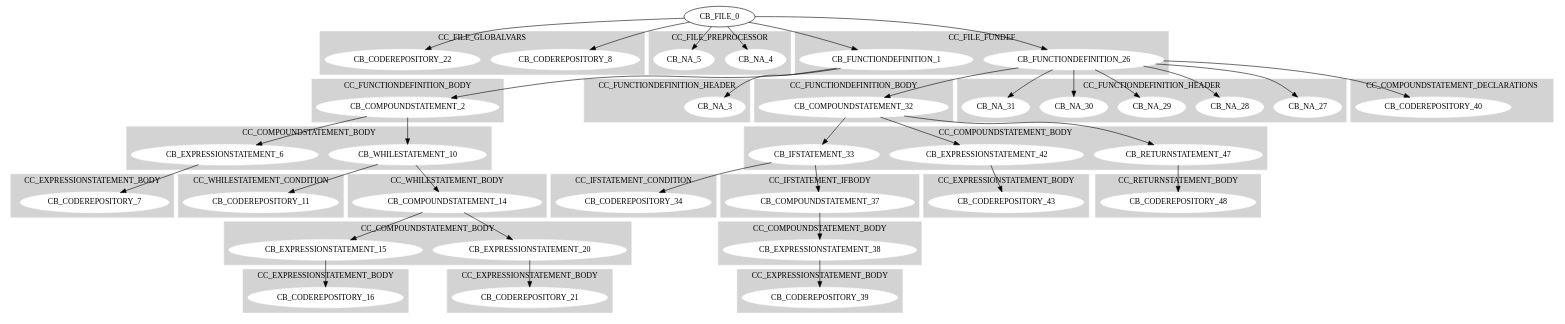
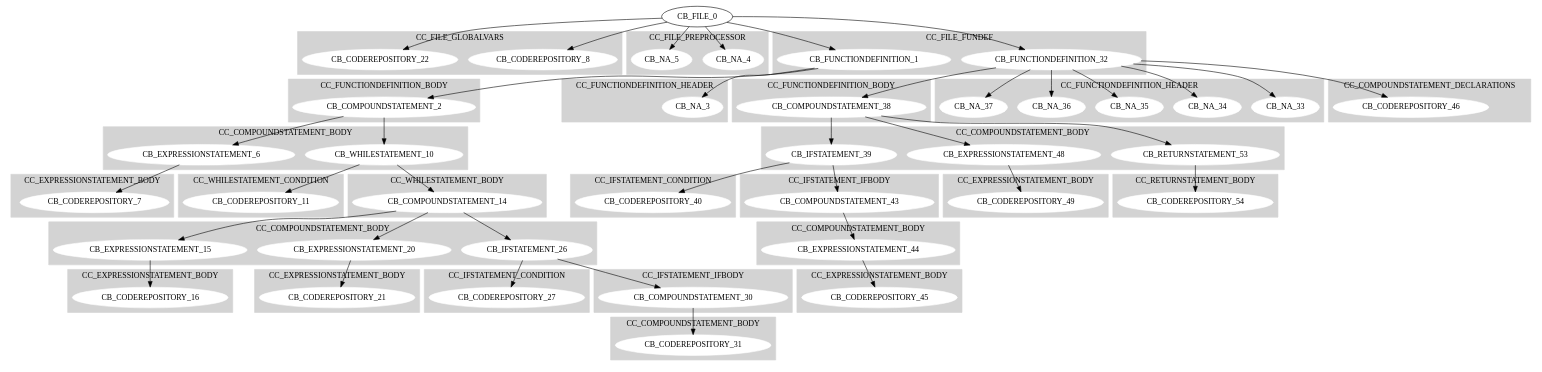
One commit to dhmhgreCompilersII/MINIC2C changed the diagram in MINIC2C/TestBench/CodeStructure.dot. Above: the diagram before and after it, drawn with Graphviz. The commit also changed 15 other files, not shown here.

```diff
--- a/MINIC2C/TestBench/CodeStructure.dot
+++ b/MINIC2C/TestBench/CodeStructure.dot
@@ -17,7 +17,7 @@
 		node [style=filled,color=white];
 		style=filled;
 		color=lightgrey;
-		CB_FUNCTIONDEFINITION_1;CB_FUNCTIONDEFINITION_26;
+		CB_FUNCTIONDEFINITION_1;CB_FUNCTIONDEFINITION_32;
 		label=CC_FILE_FUNDEF;
 	}
 "CB_FILE_0"->"CB_NA_4"
@@ -74,7 +74,7 @@
 		node [style=filled,color=white];
 		style=filled;
 		color=lightgrey;
-		CB_EXPRESSIONSTATEMENT_15;CB_EXPRESSIONSTATEMENT_20;
+		CB_EXPRESSIONSTATEMENT_15;CB_EXPRESSIONSTATEMENT_20;CB_IFSTATEMENT_26;
 		label=CC_COMPOUNDSTATEMENT_BODY;
 	}
 	subgraph cluster10{
@@ -95,95 +95,120 @@
 	}
 "CB_EXPRESSIONSTATEMENT_20"->"CB_CODEREPOSITORY_21"
 "CB_COMPOUNDSTATEMENT_14"->"CB_EXPRESSIONSTATEMENT_20"
-"CB_WHILESTATEMENT_10"->"CB_COMPOUNDSTATEMENT_14"
-"CB_COMPOUNDSTATEMENT_2"->"CB_WHILESTATEMENT_10"
-"CB_FUNCTIONDEFINITION_1"->"CB_COMPOUNDSTATEMENT_2"
-"CB_FILE_0"->"CB_FUNCTIONDEFINITION_1"
 	subgraph cluster12{
 		node [style=filled,color=white];
 		style=filled;
 		color=lightgrey;
-		CB_COMPOUNDSTATEMENT_32;
-		label=CC_FUNCTIONDEFINITION_BODY;
+		CB_CODEREPOSITORY_27;
+		label=CC_IFSTATEMENT_CONDITION;
 	}
 	subgraph cluster13{
 		node [style=filled,color=white];
 		style=filled;
 		color=lightgrey;
-		CB_NA_27;CB_NA_28;CB_NA_29;CB_NA_30;CB_NA_31;
-		label=CC_FUNCTIONDEFINITION_HEADER;
+		CB_COMPOUNDSTATEMENT_30;
+		label=CC_IFSTATEMENT_IFBODY;
 	}
-"CB_FUNCTIONDEFINITION_26"->"CB_NA_27"
-"CB_FUNCTIONDEFINITION_26"->"CB_NA_28"
-"CB_FUNCTIONDEFINITION_26"->"CB_NA_29"
-"CB_FUNCTIONDEFINITION_26"->"CB_NA_30"
-"CB_FUNCTIONDEFINITION_26"->"CB_NA_31"
+"CB_IFSTATEMENT_26"->"CB_CODEREPOSITORY_27"
 	subgraph cluster14{
 		node [style=filled,color=white];
 		style=filled;
 		color=lightgrey;
-		CB_IFSTATEMENT_33;CB_EXPRESSIONSTATEMENT_42;CB_RETURNSTATEMENT_47;
+		CB_CODEREPOSITORY_31;
 		label=CC_COMPOUNDSTATEMENT_BODY;
 	}
+"CB_COMPOUNDSTATEMENT_30"->"CB_CODEREPOSITORY_31"
+"CB_IFSTATEMENT_26"->"CB_COMPOUNDSTATEMENT_30"
+"CB_COMPOUNDSTATEMENT_14"->"CB_IFSTATEMENT_26"
+"CB_WHILESTATEMENT_10"->"CB_COMPOUNDSTATEMENT_14"
+"CB_COMPOUNDSTATEMENT_2"->"CB_WHILESTATEMENT_10"
+"CB_FUNCTIONDEFINITION_1"->"CB_COMPOUNDSTATEMENT_2"
+"CB_FILE_0"->"CB_FUNCTIONDEFINITION_1"
 	subgraph cluster15{
 		node [style=filled,color=white];
 		style=filled;
 		color=lightgrey;
-		CB_CODEREPOSITORY_40;
-		label=CC_COMPOUNDSTATEMENT_DECLARATIONS;
+		CB_COMPOUNDSTATEMENT_38;
+		label=CC_FUNCTIONDEFINITION_BODY;
 	}
-"CB_FUNCTIONDEFINITION_26"->"CB_CODEREPOSITORY_40"
 	subgraph cluster16{
 		node [style=filled,color=white];
 		style=filled;
 		color=lightgrey;
-		CB_CODEREPOSITORY_34;
-		label=CC_IFSTATEMENT_CONDITION;
+		CB_NA_33;CB_NA_34;CB_NA_35;CB_NA_36;CB_NA_37;
+		label=CC_FUNCTIONDEFINITION_HEADER;
 	}
+"CB_FUNCTIONDEFINITION_32"->"CB_NA_33"
+"CB_FUNCTIONDEFINITION_32"->"CB_NA_34"
+"CB_FUNCTIONDEFINITION_32"->"CB_NA_35"
+"CB_FUNCTIONDEFINITION_32"->"CB_NA_36"
+"CB_FUNCTIONDEFINITION_32"->"CB_NA_37"
 	subgraph cluster17{
 		node [style=filled,color=white];
 		style=filled;
 		color=lightgrey;
-		CB_COMPOUNDSTATEMENT_37;
-		label=CC_IFSTATEMENT_IFBODY;
+		CB_IFSTATEMENT_39;CB_EXPRESSIONSTATEMENT_48;CB_RETURNSTATEMENT_53;
+		label=CC_COMPOUNDSTATEMENT_BODY;
 	}
-"CB_IFSTATEMENT_33"->"CB_CODEREPOSITORY_34"
 	subgraph cluster18{
 		node [style=filled,color=white];
 		style=filled;
 		color=lightgrey;
-		CB_EXPRESSIONSTATEMENT_38;
-		label=CC_COMPOUNDSTATEMENT_BODY;
+		CB_CODEREPOSITORY_46;
+		label=CC_COMPOUNDSTATEMENT_DECLARATIONS;
 	}
+"CB_FUNCTIONDEFINITION_32"->"CB_CODEREPOSITORY_46"
 	subgraph cluster19{
 		node [style=filled,color=white];
 		style=filled;
 		color=lightgrey;
-		CB_CODEREPOSITORY_39;
-		label=CC_EXPRESSIONSTATEMENT_BODY;
+		CB_CODEREPOSITORY_40;
+		label=CC_IFSTATEMENT_CONDITION;
 	}
-"CB_EXPRESSIONSTATEMENT_38"->"CB_CODEREPOSITORY_39"
-"CB_COMPOUNDSTATEMENT_37"->"CB_EXPRESSIONSTATEMENT_38"
-"CB_IFSTATEMENT_33"->"CB_COMPOUNDSTATEMENT_37"
-"CB_COMPOUNDSTATEMENT_32"->"CB_IFSTATEMENT_33"
 	subgraph cluster20{
 		node [style=filled,color=white];
 		style=filled;
 		color=lightgrey;
-		CB_CODEREPOSITORY_43;
-		label=CC_EXPRESSIONSTATEMENT_BODY;
+		CB_COMPOUNDSTATEMENT_43;
+		label=CC_IFSTATEMENT_IFBODY;
 	}
-"CB_EXPRESSIONSTATEMENT_42"->"CB_CODEREPOSITORY_43"
-"CB_COMPOUNDSTATEMENT_32"->"CB_EXPRESSIONSTATEMENT_42"
+"CB_IFSTATEMENT_39"->"CB_CODEREPOSITORY_40"
 	subgraph cluster21{
 		node [style=filled,color=white];
 		style=filled;
 		color=lightgrey;
-		CB_CODEREPOSITORY_48;
+		CB_EXPRESSIONSTATEMENT_44;
+		label=CC_COMPOUNDSTATEMENT_BODY;
+	}
+	subgraph cluster22{
+		node [style=filled,color=white];
+		style=filled;
+		color=lightgrey;
+		CB_CODEREPOSITORY_45;
+		label=CC_EXPRESSIONSTATEMENT_BODY;
+	}
+"CB_EXPRESSIONSTATEMENT_44"->"CB_CODEREPOSITORY_45"
+"CB_COMPOUNDSTATEMENT_43"->"CB_EXPRESSIONSTATEMENT_44"
+"CB_IFSTATEMENT_39"->"CB_COMPOUNDSTATEMENT_43"
+"CB_COMPOUNDSTATEMENT_38"->"CB_IFSTATEMENT_39"
+	subgraph cluster23{
+		node [style=filled,color=white];
+		style=filled;
+		color=lightgrey;
+		CB_CODEREPOSITORY_49;
+		label=CC_EXPRESSIONSTATEMENT_BODY;
+	}
+"CB_EXPRESSIONSTATEMENT_48"->"CB_CODEREPOSITORY_49"
+"CB_COMPOUNDSTATEMENT_38"->"CB_EXPRESSIONSTATEMENT_48"
+	subgraph cluster24{
+		node [style=filled,color=white];
+		style=filled;
+		color=lightgrey;
+		CB_CODEREPOSITORY_54;
 		label=CC_RETURNSTATEMENT_BODY;
 	}
-"CB_RETURNSTATEMENT_47"->"CB_CODEREPOSITORY_48"
-"CB_COMPOUNDSTATEMENT_32"->"CB_RETURNSTATEMENT_47"
-"CB_FUNCTIONDEFINITION_26"->"CB_COMPOUNDSTATEMENT_32"
-"CB_FILE_0"->"CB_FUNCTIONDEFINITION_26"
+"CB_RETURNSTATEMENT_53"->"CB_CODEREPOSITORY_54"
+"CB_COMPOUNDSTATEMENT_38"->"CB_RETURNSTATEMENT_53"
+"CB_FUNCTIONDEFINITION_32"->"CB_COMPOUNDSTATEMENT_38"
+"CB_FILE_0"->"CB_FUNCTIONDEFINITION_32"
 }
```
